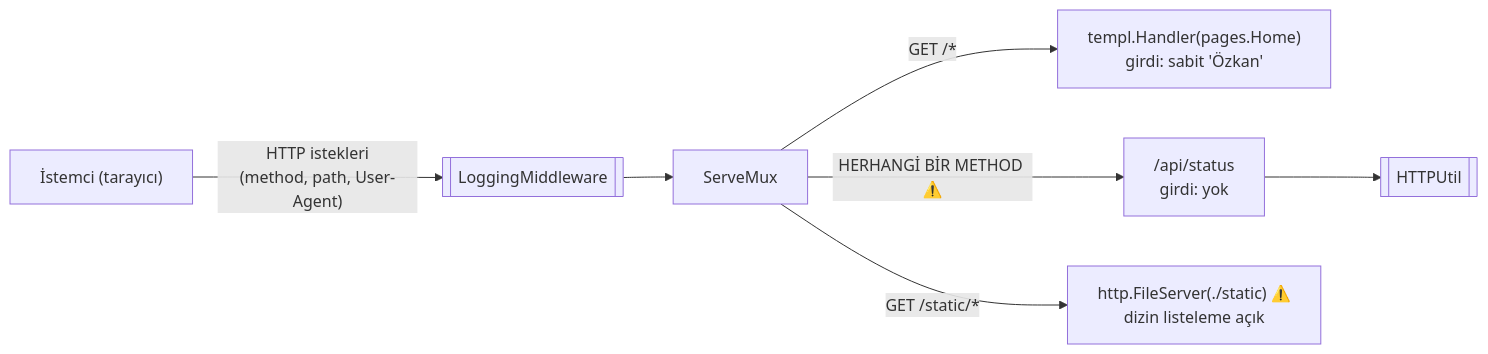
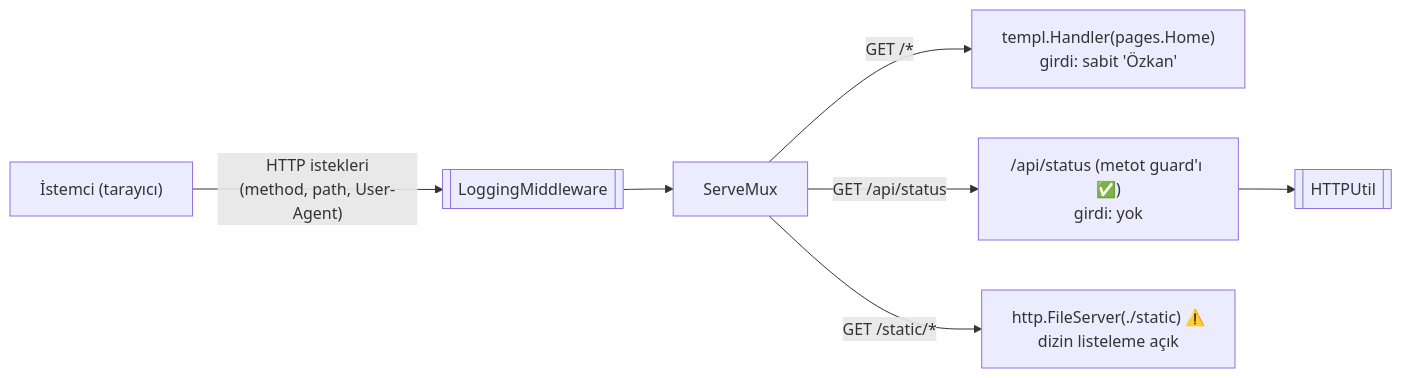
The first of 2 diagrams in docs/wiki/Security_Audit.md (ozkansen/ozkansen.com), drawn with Mermaid before and after one commit. The commit also changed other lines of this file and 4 other files, not shown here.

````diff
--- a/docs/wiki/Security_Audit.md
+++ b/docs/wiki/Security_Audit.md
@@ -29,11 +29,11 @@
 ```mermaid
 flowchart LR
     C["İstemci (tarayıcı)"] -->|"HTTP istekleri<br/>(method, path, User-Agent)"| MW[[LoggingMiddleware]]
     MW --> MUX["ServeMux"]
 
     MUX -->|"GET /*"| H1["templ.Handler(pages.Home)<br/>girdi: sabit 'Özkan'"]
-    MUX -->|"HERHANGİ BİR METHOD ⚠️"| H2["/api/status<br/>girdi: yok"]
+    MUX -->|"GET /api/status"| H2["/api/status (metot guard'ı ✅)<br/>girdi: yok"]
     MUX -->|"GET /static/*"| FS["http.FileServer(./static) ⚠️<br/>dizin listeleme açık"]
 
     H2 --> U[[HTTPUtil]]
 ```
````
